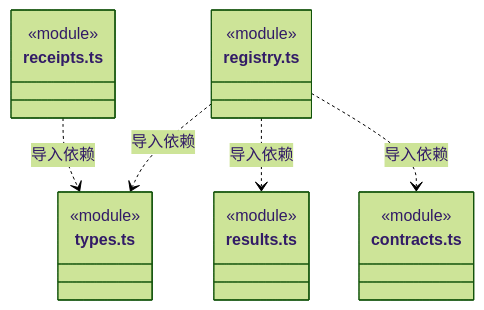
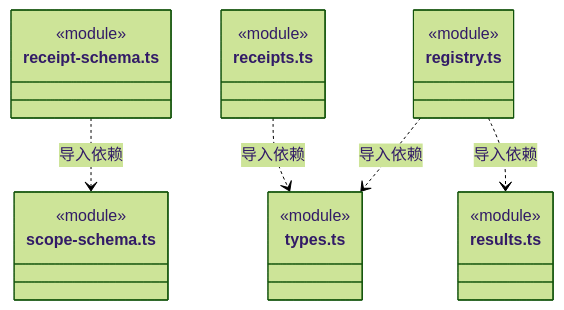
Before and after one commit to nan023062/cbim: diagram 11 of 13 in src/backend/core/tools/ARCHITECTURE.md, drawn with Mermaid (forest theme). The commit also changed other lines of this file and 35 other files, not shown here.

````diff
--- a/src/backend/core/tools/ARCHITECTURE.md
+++ b/src/backend/core/tools/ARCHITECTURE.md
@@ -241,22 +252,25 @@
 ```mermaid
 classDiagram
+class N_src_backend_core_tools_receipt_schema_ts["receipt-schema.ts"] {
+  <<module>>
+}
+class N_src_backend_core_tools_scope_schema_ts["scope-schema.ts"] {
+  <<module>>
+}
 class N_src_backend_core_tools_receipts_ts["receipts.ts"] {
   <<module>>
 }
 class N_src_backend_core_tools_types_ts["types.ts"] {
   <<module>>
 }
 class N_src_backend_core_tools_registry_ts["registry.ts"] {
   <<module>>
 }
 class N_src_backend_core_tools_results_ts["results.ts"] {
   <<module>>
 }
-class N_src_backend_core_tools_contracts_ts["contracts.ts"] {
-  <<module>>
-}
+N_src_backend_core_tools_receipt_schema_ts ..> N_src_backend_core_tools_scope_schema_ts : 导入依赖
 N_src_backend_core_tools_receipts_ts ..> N_src_backend_core_tools_types_ts : 导入依赖
 N_src_backend_core_tools_registry_ts ..> N_src_backend_core_tools_types_ts : 导入依赖
 N_src_backend_core_tools_registry_ts ..> N_src_backend_core_tools_results_ts : 导入依赖
-N_src_backend_core_tools_registry_ts ..> N_src_backend_core_tools_contracts_ts : 导入依赖
 ```
````
